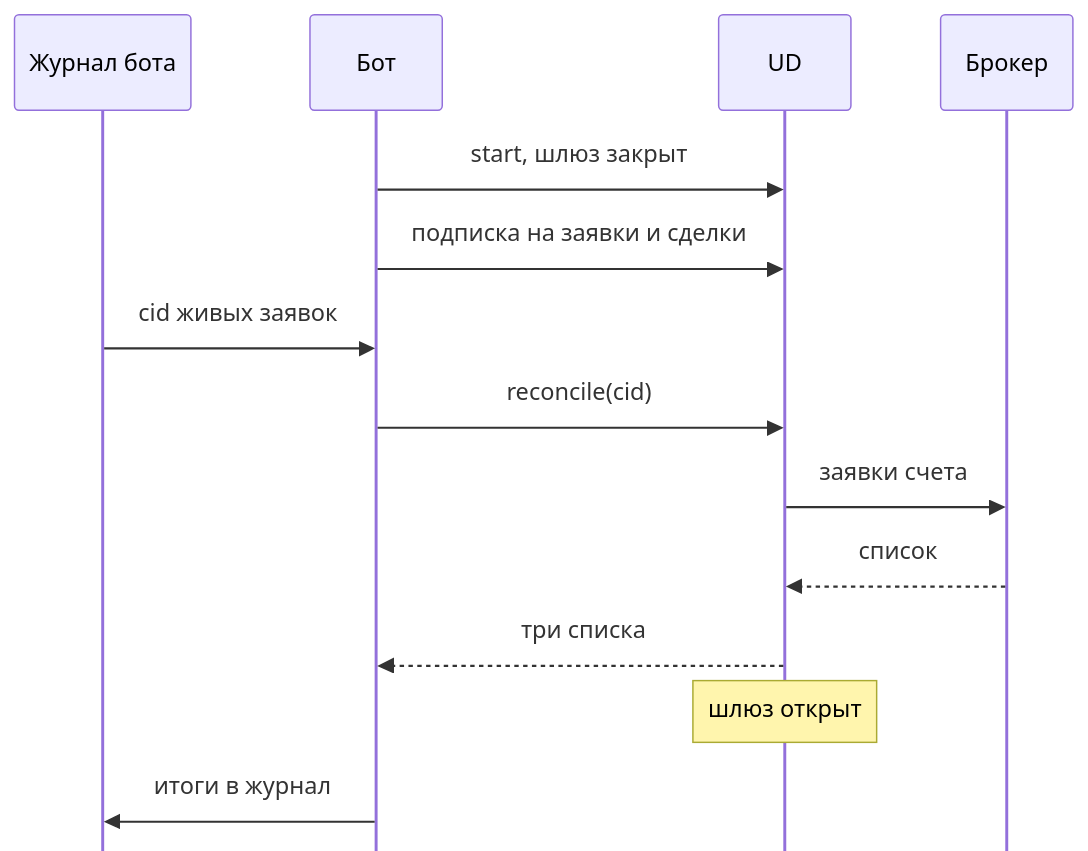
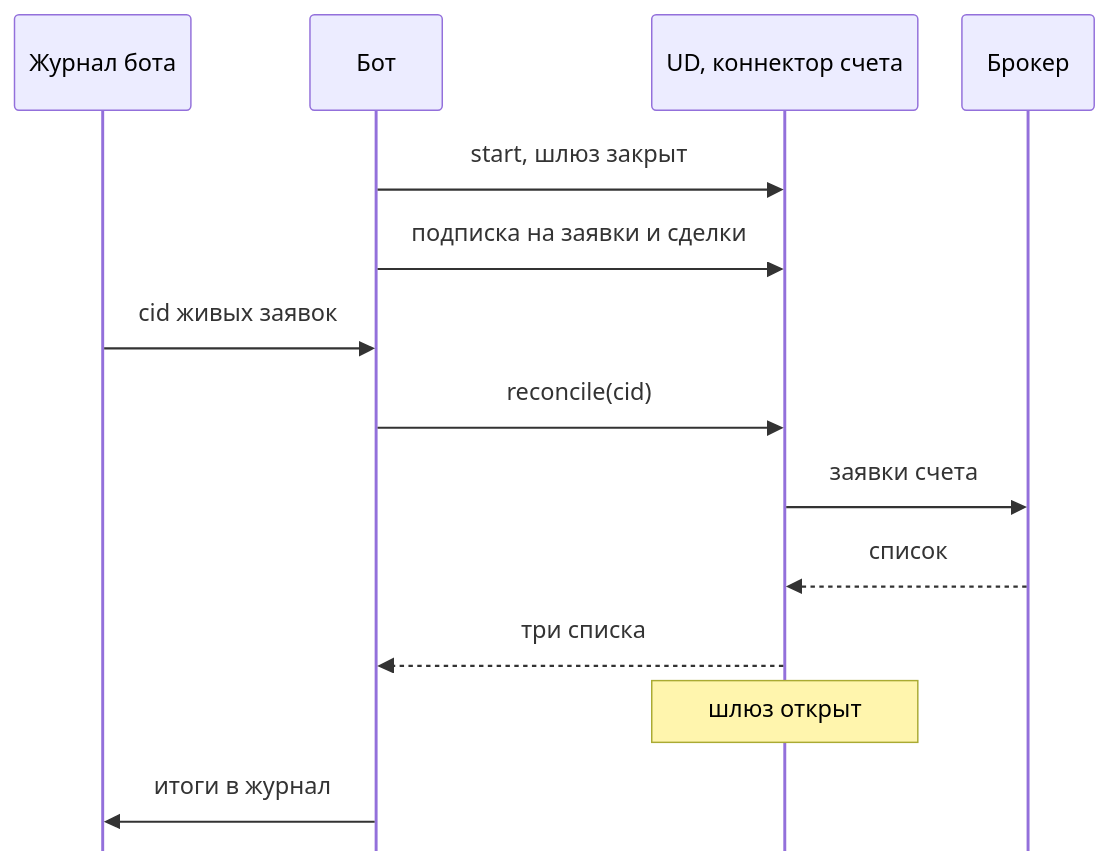
The second of 2 diagrams in docs/src/reconcile.md (runinfra/brokapi), drawn with Mermaid before and after one commit. The commit also changed 42 other files, not shown here.

````diff
--- a/docs/src/reconcile.md
+++ b/docs/src/reconcile.md
@@ -93,17 +93,17 @@
 ```mermaid
 %%{init: {'sequence': {'width': 90, 'actorMargin': 30, 'mirrorActors': false}}}%%
 sequenceDiagram
   participant J as Журнал бота
   participant Bot as Бот
-  participant UD as UD
+  participant UD as UD, коннектор счета
   participant Br as Брокер
   Bot->>UD: start, шлюз закрыт
   Bot->>UD: подписка на заявки и сделки
   J->>Bot: cid живых заявок
   Bot->>UD: reconcile(cid)
   UD->>Br: заявки счета
   Br-->>UD: список
   UD-->>Bot: три списка
   Note over UD: шлюз открыт
   Bot->>J: итоги в журнал
 ```
````
